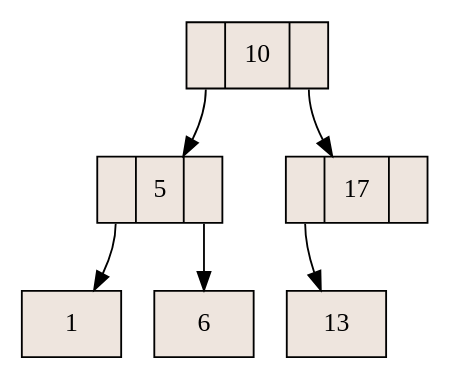
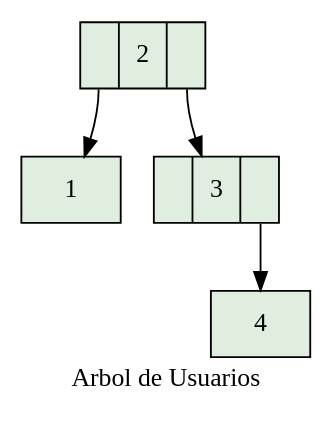
One commit to Grifiun/Proyecto_1_EDD changed the diagram in aux_grafico.dot. Above: the diagram before and after it, drawn with Graphviz. The commit also changed 65 other files, not shown here.

```diff
--- a/aux_grafico.dot
+++ b/aux_grafico.dot
@@ -1,16 +1,11 @@
 digraph grafica{
-	rankdir=TB;
-	node [shape = record, style=filled, fillcolor = seashell2];
-		nodo10 [ label = "<C0> |10| <C1>"];
-		nodo5 [ label = "<C0> |5| <C1>"];
+	label="Arbol de Usuarios"	rankdir=TB;
+	node [shape = record, style=filled, fillcolor = honeydew2];
+		nodo2 [ label = "<C0> |2| <C1>"];
 		nodo1 [ label = "1"];
-		nodo5:C0->nodo1
-		nodo6 [ label = "6"];
-		nodo5:C1->nodo6
-		nodo10:C0->nodo5
-		nodo17 [ label = "<C0> |17| <C1>"];
-		nodo13 [ label = "13"];
-		nodo17:C0->nodo13		
-		
-		nodo10:C1->nodo17
+		nodo2:C0->nodo1
+		nodo3 [ label = "<C0> |3| <C1>"];
+		nodo4 [ label = "4"];
+		nodo3:C1->nodo4
+		nodo2:C1->nodo3
 	}
```
